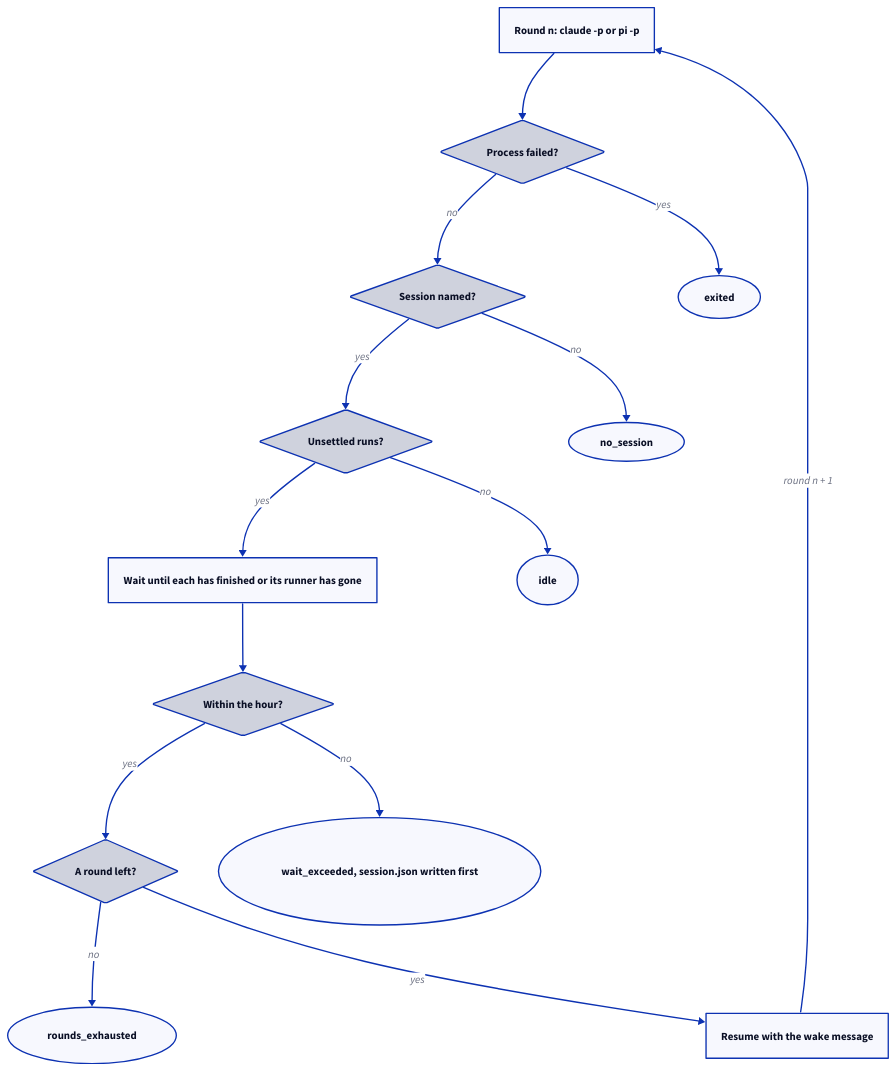
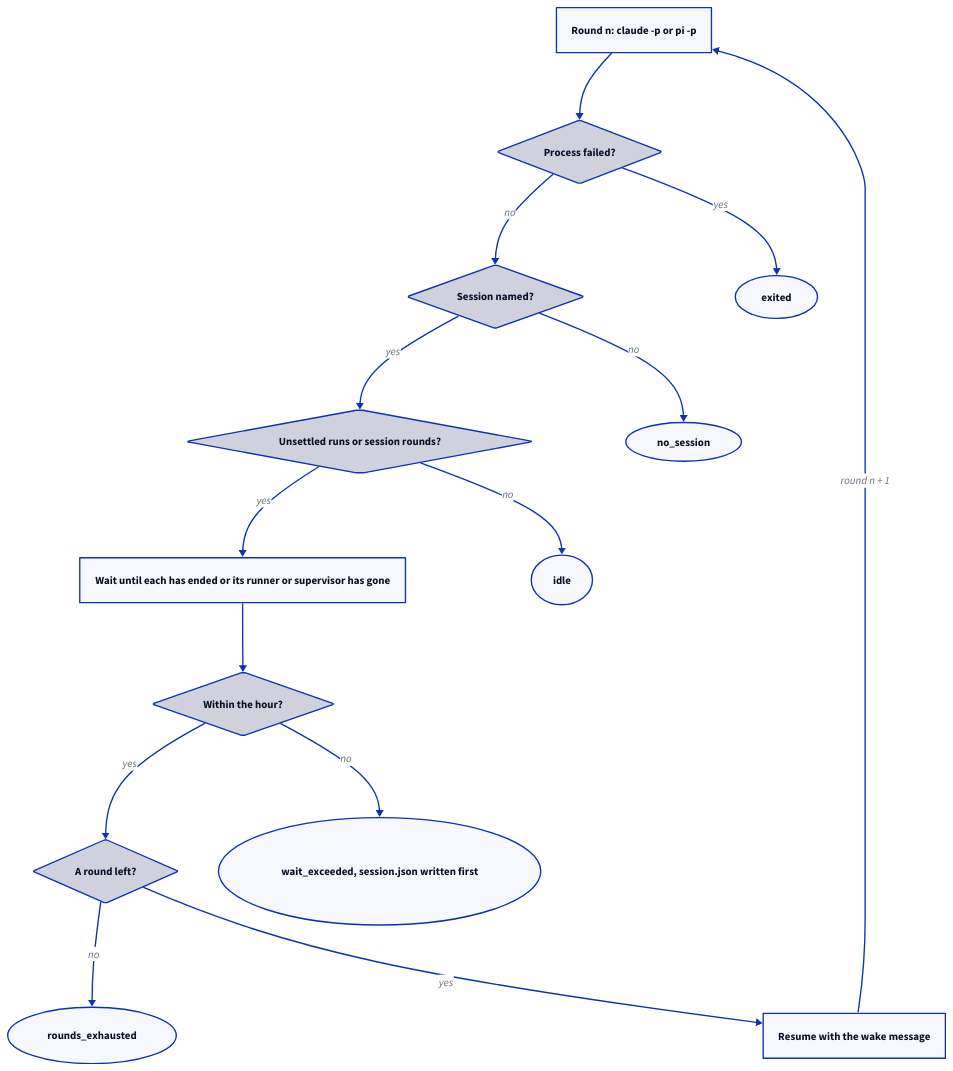
Before and after one commit to FTOD/concorde: the diagram in specs/concorde/e2e/sessions/module.md, drawn with D2. The commit also changed other lines of this file and 10 other files, not shown here.

First line of the commit message:
E2E: headless main sessions get no worktree tools and are woken for pi session rounds

````diff
--- a/specs/concorde/e2e/sessions/module.md
+++ b/specs/concorde/e2e/sessions/module.md
@@ -100,29 +115,29 @@
 ```d2 illustrative
 direction: down
 round: "Round n: claude -p or pi -p"
 failed: "Process failed?" {shape: diamond}
 named: "Session named?" {shape: diamond}
-unsettled: "Unsettled runs?" {shape: diamond}
-wait: "Wait until each has finished or its runner has gone"
+unsettled: "Unsettled runs or session rounds?" {shape: diamond}
+wait: "Wait until each has ended or its runner or supervisor has gone"
 within: "Within the hour?" {shape: diamond}
 remaining: "A round left?" {shape: diamond}
 wake: "Resume with the wake message"
 exited: "exited" {shape: oval}
 no_session: "no_session" {shape: oval}
 idle: "idle" {shape: oval}
 exceeded: "wait_exceeded, session.json written first" {shape: oval}
 exhausted: "rounds_exhausted" {shape: oval}
 round -> failed
 failed -> exited: yes
 failed -> named: no
 named -> no_session: no
 named -> unsettled: yes
 unsettled -> idle: no
 unsettled -> wait: yes
 wait -> within
 within -> exceeded: no
 within -> remaining: yes
 remaining -> exhausted: no
 remaining -> wake: yes
 wake -> round: "round n + 1"
 ```
````
